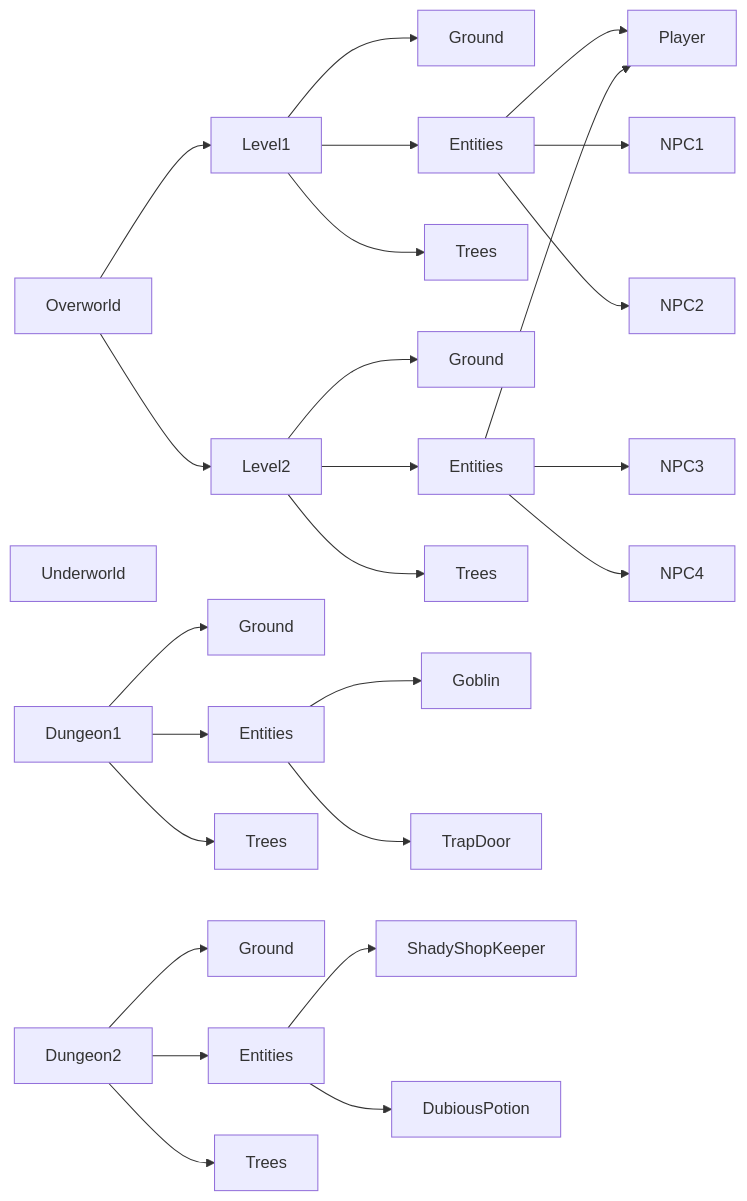
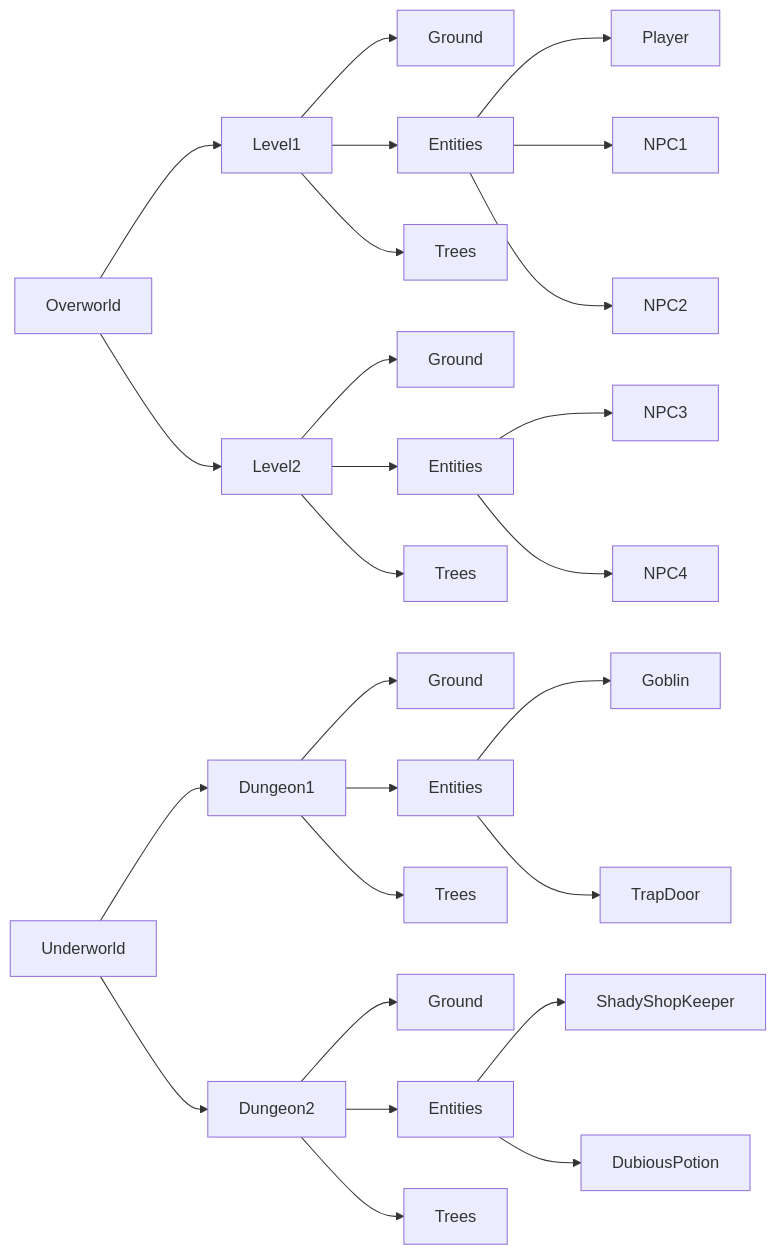
One commit to stinkytoe/bevy_ldtk_asset changed the diagram in README.md. Above: the diagram before and after it, drawn with Mermaid.

Commit message:
WIP documentation

````diff
--- a/README.md
+++ b/README.md
@@ -48,54 +48,54 @@
 ```mermaid
 flowchart LR
   Overworld
   Level1
   Ground1[Ground]
   Entities1[Entities]
   Trees1[Trees]
-
   Level2
   Ground2[Ground]
   Entities2[Entities]
   Trees2[Trees]
 
   Overworld --> Level1
   Overworld --> Level2
 
   Level1 --> Ground1
   Level1 --> Entities1
   Level1 --> Trees1
   Entities1 --> Player
   Entities1 --> NPC1
   Entities1 --> NPC2
 
   Level2 --> Ground2
   Level2 --> Entities2
   Level2 --> Trees2
-  Entities2 --> Player
   Entities2 --> NPC3
   Entities2 --> NPC4
   
   Underworld
   Dungeon1
   Ground3[Ground]
   Entities3[Entities]
   Trees3[Trees]
-
   Dungeon2
   Ground4[Ground]
   Entities4[Entities]
   Trees4[Trees]
+
+  Underworld --> Dungeon1
+  Underworld --> Dungeon2
 
   Dungeon1 --> Ground3
   Dungeon1 --> Entities3
   Dungeon1 --> Trees3
   Entities3 --> Goblin
   Entities3 --> TrapDoor
 
   
   Dungeon2 --> Ground4
   Dungeon2 --> Entities4
   Dungeon2 --> Trees4
   Entities4 --> ShadyShopKeeper
   Entities4 --> DubiousPotion
 ```
````
